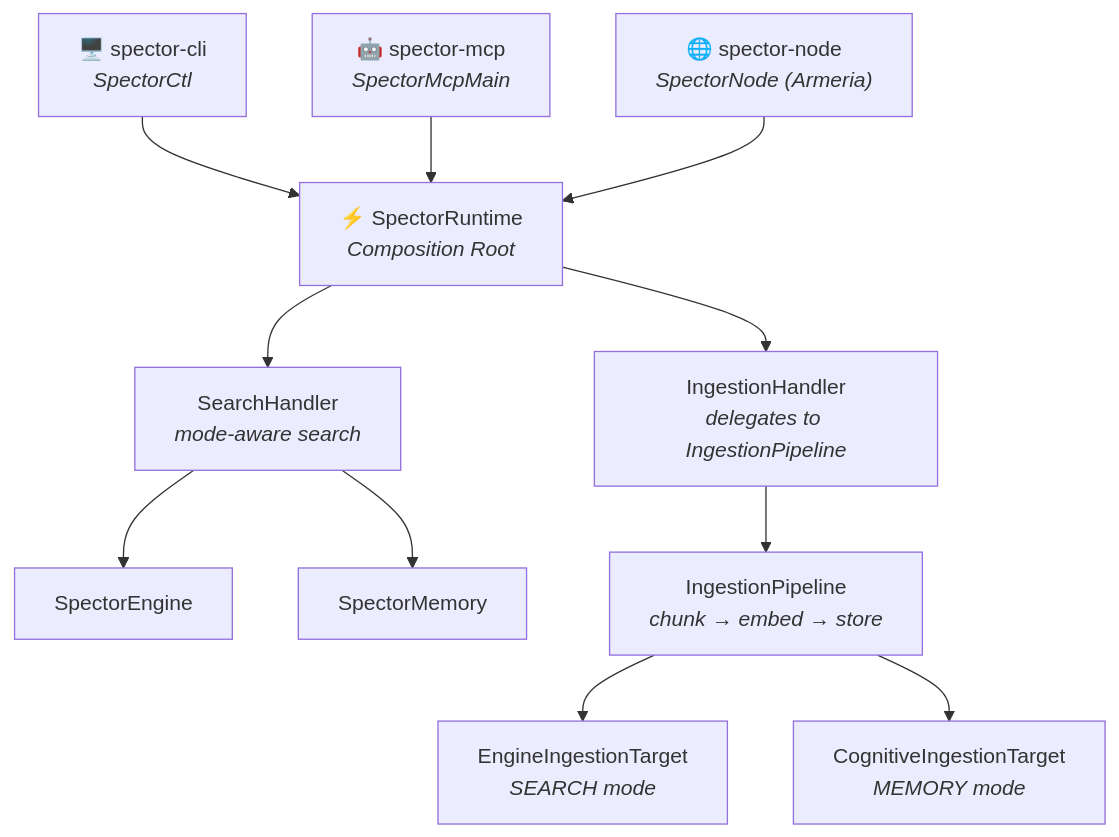
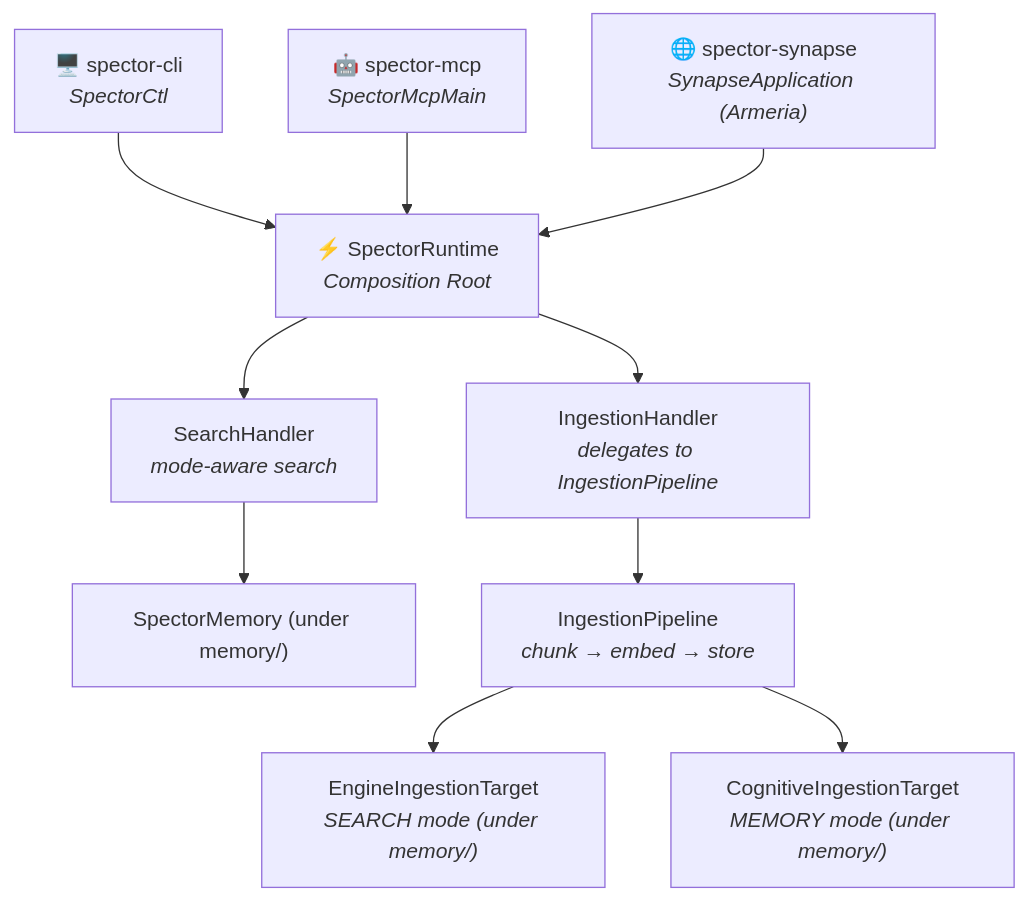
One commit to spectrayan/spector changed the third of 3 diagrams in docs/docs/modules/index.md. Above: the diagram before and after it, drawn with Mermaid. The commit also changed other lines of this file and 1511 other files, not shown here.

First line of the commit message:
refactor: restructure repo into nucleus/, memory/, synapse/, cortex/, bench/ (#283) (#286)

````diff
--- a/docs/docs/modules/index.md
+++ b/docs/docs/modules/index.md
@@ -136,21 +128,20 @@
 ```mermaid
 graph TD
     cli["🖥️ spector-cli<br/><i>SpectorCtl</i>"]
     mcp["🤖 spector-mcp<br/><i>SpectorMcpMain</i>"]
-    node["🌐 spector-node<br/><i>SpectorNode (Armeria)</i>"]
+    synapseapp["🌐 spector-synapse<br/><i>SynapseApplication (Armeria)</i>"]
 
     cli --> runtime
     mcp --> runtime
-    node --> runtime
+    synapseapp --> runtime
 
     runtime["⚡ SpectorRuntime<br/><i>Composition Root</i>"]
 
     runtime --> sh["SearchHandler<br/><i>mode-aware search</i>"]
     runtime --> ih["IngestionHandler<br/><i>delegates to IngestionPipeline</i>"]
 
-    sh --> engine["SpectorEngine"]
-    sh --> memory["SpectorMemory"]
+    sh --> memory["SpectorMemory (under memory/)"]
     ih --> pipeline["IngestionPipeline<br/><i>chunk → embed → store</i>"]
-    pipeline --> engineTarget["EngineIngestionTarget<br/><i>SEARCH mode</i>"]
-    pipeline --> memTarget["CognitiveIngestionTarget<br/><i>MEMORY mode</i>"]
+    pipeline --> engineTarget["EngineIngestionTarget<br/><i>SEARCH mode (under memory/)</i>"]
+    pipeline --> memTarget["CognitiveIngestionTarget<br/><i>MEMORY mode (under memory/)</i>"]
 ```
````
